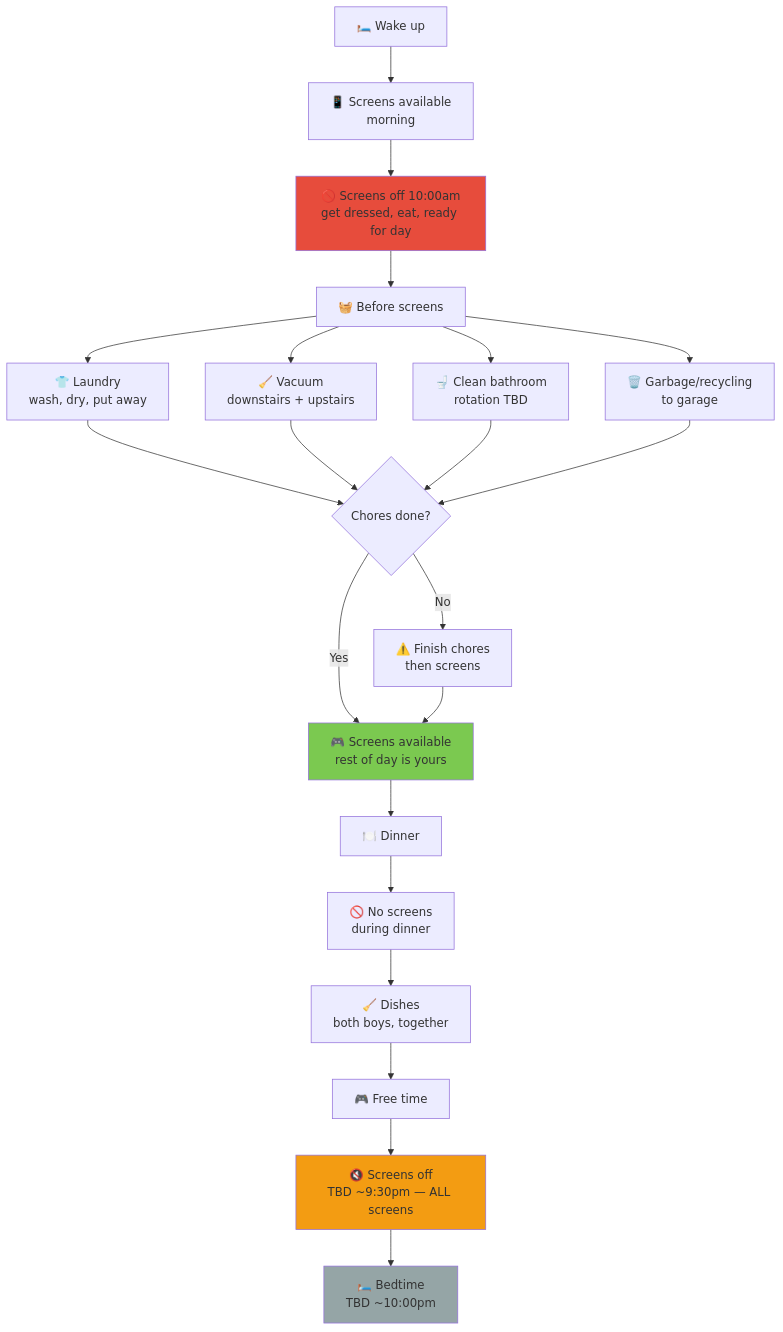
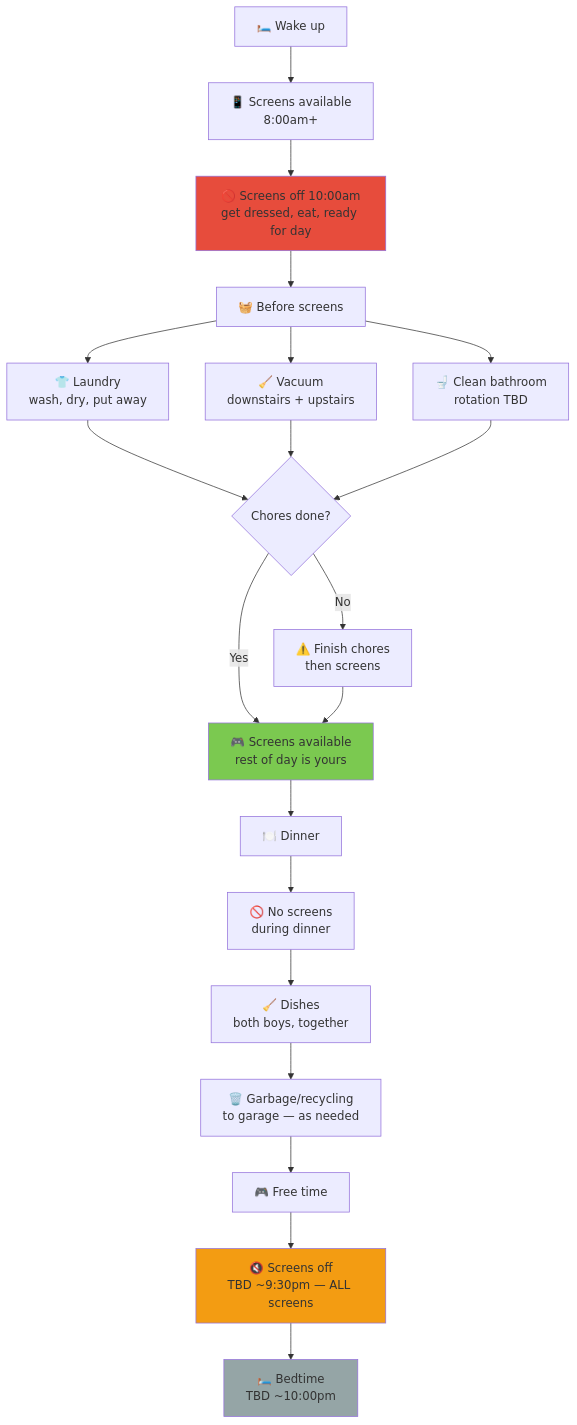
Before and after one commit to ajass/technology-reset: the diagram in day-types/02-saturday.md, drawn with Mermaid. The commit also changed other lines of this file and 7 other files, not shown here.

Commit message:
Garbage is part of floor not screen gate (after dishes/as needed), screens available at 8am noted, diagrams updated

````diff
--- a/day-types/02-saturday.md
+++ b/day-types/02-saturday.md
@@ -7,28 +7,27 @@
 ```mermaid
 flowchart TD
-    A["🛏️ Wake up"] --> B["📱 Screens available<br/>morning"]
+    A["🛏️ Wake up"] --> B["📱 Screens available<br/>8:00am+"]
     B --> C["🚫 Screens off 10:00am<br/>get dressed, eat, ready for day"]
     C --> D["🧺 Before screens"]
     D --> D1["👕 Laundry<br/>wash, dry, put away"]
     D --> D2["🧹 Vacuum<br/>downstairs + upstairs"]
     D --> D3["🚽 Clean bathroom<br/>rotation TBD"]
-    D --> D4["🗑️ Garbage/recycling<br/>to garage"]
     D1 --> E{"Chores done?"}
     D2 --> E
     D3 --> E
-    D4 --> E
     E -->|Yes| F["🎮 Screens available<br/>rest of day is yours"]
     E -->|No| G["⚠️ Finish chores<br/>then screens"]
     G --> F
     F --> H["🍽️ Dinner"]
     H --> I["🚫 No screens<br/>during dinner"]
     I --> J["🧹 Dishes<br/>both boys, together"]
-    J --> K["🎮 Free time"]
-    K --> L["🔇 Screens off<br/>TBD ~9:30pm — ALL screens"]
-    L --> M["🛏️ Bedtime<br/>TBD ~10:00pm"]
+    J --> K["🗑️ Garbage/recycling<br/>to garage — as needed"]
+    K --> L["🎮 Free time"]
+    L --> M["🔇 Screens off<br/>TBD ~9:30pm — ALL screens"]
+    M --> N["🛏️ Bedtime<br/>TBD ~10:00pm"]
 
     style C fill:#e74c3c
     style F fill:#7bc950
-    style L fill:#f39c12
-    style M fill:#95a5a6
+    style M fill:#f39c12
+    style N fill:#95a5a6
 ```
````
